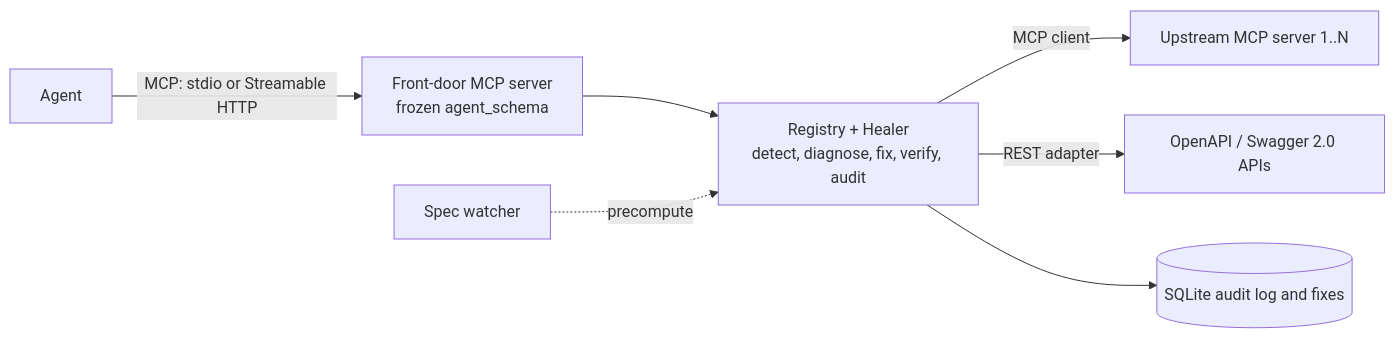
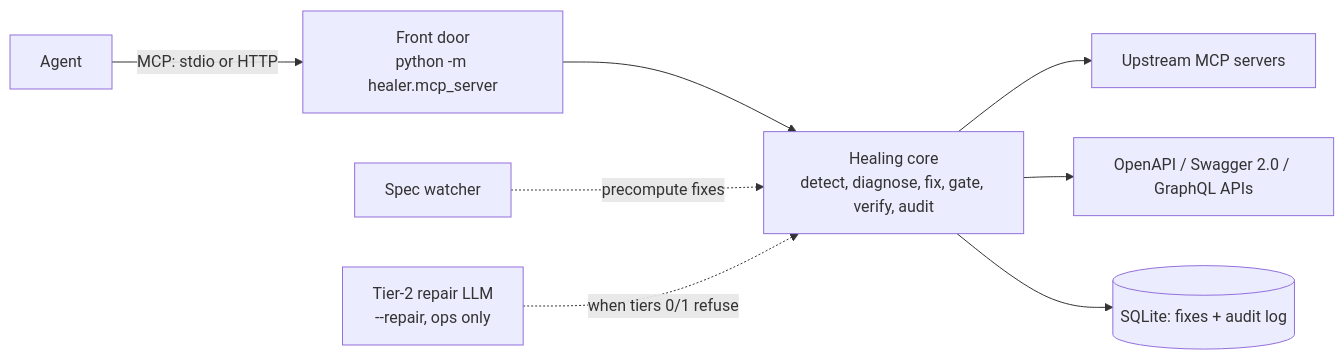
One commit to 000wahab000/self-healing-tool-registry changed the diagram in README.md. Above: the diagram before and after it, drawn with Mermaid. The commit also changed other lines of this file and 3 other files, not shown here.

````diff
--- a/README.md
+++ b/README.md
@@ -11,9 +9,10 @@
 ```mermaid
 flowchart LR
-    A[Agent] -->|MCP: stdio or Streamable HTTP| F[Front-door MCP server<br/>frozen agent_schema]
-    F --> R[Registry + Healer<br/>detect, diagnose, fix, verify, audit]
-    R -->|MCP client| U1[Upstream MCP server 1..N]
-    R -->|REST adapter| U2[OpenAPI / Swagger 2.0 APIs]
-    R --> S[(SQLite audit log and fixes)]
-    W[Spec watcher] -.->|precompute| R
+    A[Agent] -->|MCP: stdio or HTTP| F[Front door<br/>python -m healer.mcp_server]
+    F --> R[Healing core<br/>detect, diagnose, fix, gate, verify, audit]
+    R --> U1[Upstream MCP servers]
+    R --> U2[OpenAPI / Swagger 2.0 / GraphQL APIs]
+    R --> S[(SQLite: fixes + audit log)]
+    W[Spec watcher] -.->|precompute fixes| R
+    T2[Tier-2 repair LLM<br/>--repair, ops only] -.->|when tiers 0/1 refuse| R
 ```
````
